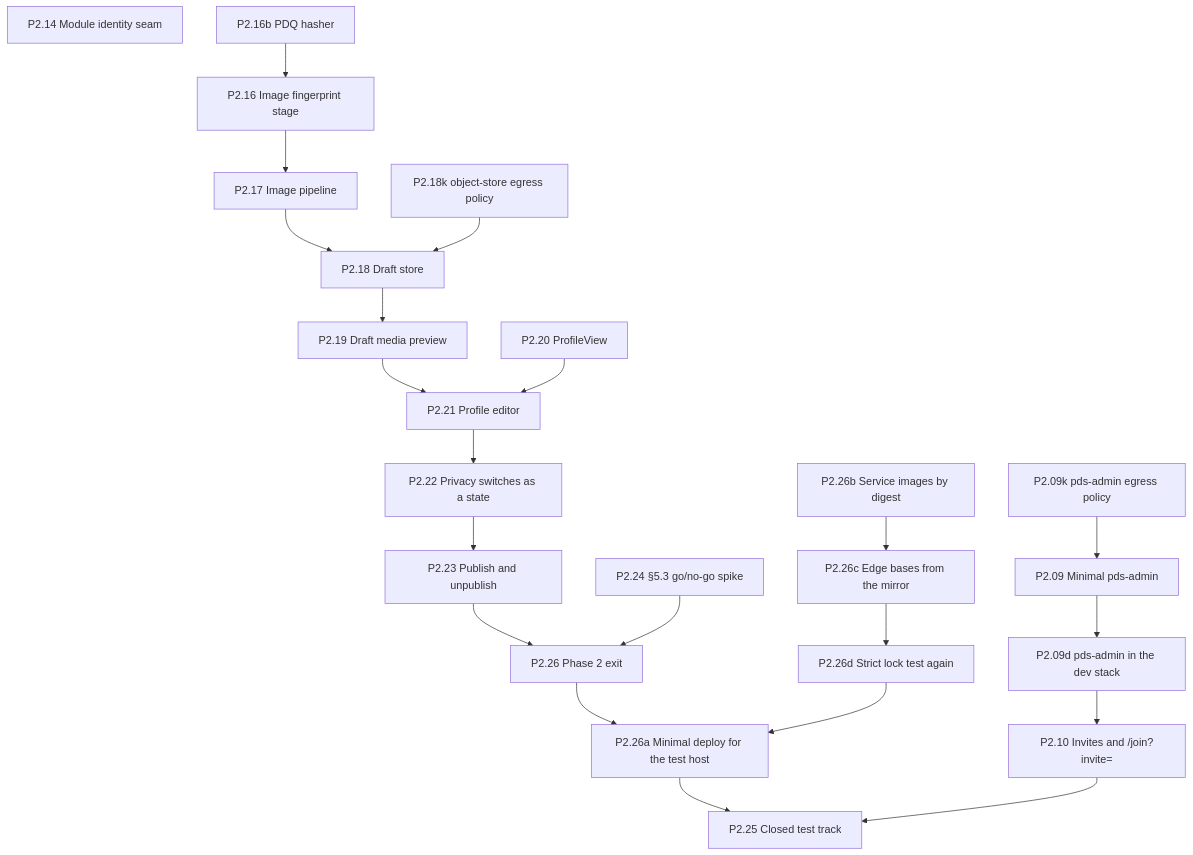
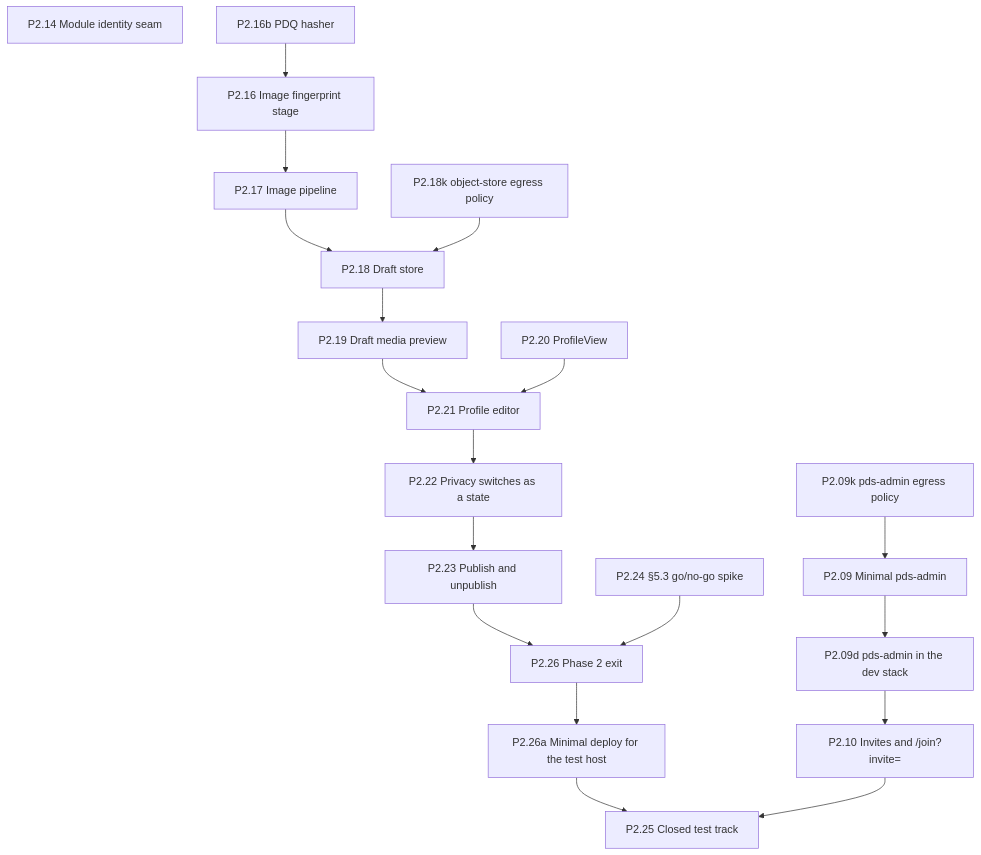
One commit to Undefined6799/unset changed the fifth of 11 diagrams in docs/ai/book/01-outline.md. Above: the diagram before and after it, drawn with Mermaid. The commit also changed other lines of this file and 2 other files, not shown here.

````diff
--- a/docs/ai/book/01-outline.md
+++ b/docs/ai/book/01-outline.md
@@ -1244,45 +1263,39 @@
 ```mermaid
 flowchart TD
   P2_09["P2.09 Minimal pds-admin"]
   P2_09d["P2.09d pds-admin in the dev stack"]
   P2_09k["P2.09k pds-admin egress policy"]
   P2_10["P2.10 Invites and /join?invite="]
   P2_14["P2.14 Module identity seam"]
   P2_16b["P2.16b PDQ hasher"]
   P2_16["P2.16 Image fingerprint stage"]
   P2_17["P2.17 Image pipeline"]
   P2_18["P2.18 Draft store"]
   P2_18k["P2.18k object-store egress policy"]
   P2_19["P2.19 Draft media preview"]
   P2_20["P2.20 ProfileView"]
   P2_21["P2.21 Profile editor"]
   P2_22["P2.22 Privacy switches as a state"]
   P2_23["P2.23 Publish and unpublish"]
   P2_24["P2.24 §5.3 go/no-go spike"]
   P2_26["P2.26 Phase 2 exit"]
-  P2_26b["P2.26b Service images by digest"]
-  P2_26c["P2.26c Edge bases from the mirror"]
-  P2_26d["P2.26d Strict lock test again"]
   P2_26a["P2.26a Minimal deploy for the test host"]
   P2_25["P2.25 Closed test track"]
   P2_16b --> P2_16
   P2_16 --> P2_17
   P2_17 --> P2_18
   P2_18 --> P2_19
   P2_19 --> P2_21
   P2_20 --> P2_21
   P2_21 --> P2_22
   P2_22 --> P2_23
   P2_23 --> P2_26
   P2_24 --> P2_26
   P2_26 --> P2_26a
-  P2_26b --> P2_26c
-  P2_26c --> P2_26d
-  P2_26d --> P2_26a
   P2_26a --> P2_25
   P2_10 --> P2_25
   P2_18k --> P2_18
   P2_09k --> P2_09
   P2_09 --> P2_09d
   P2_09d --> P2_10
 ```
````
